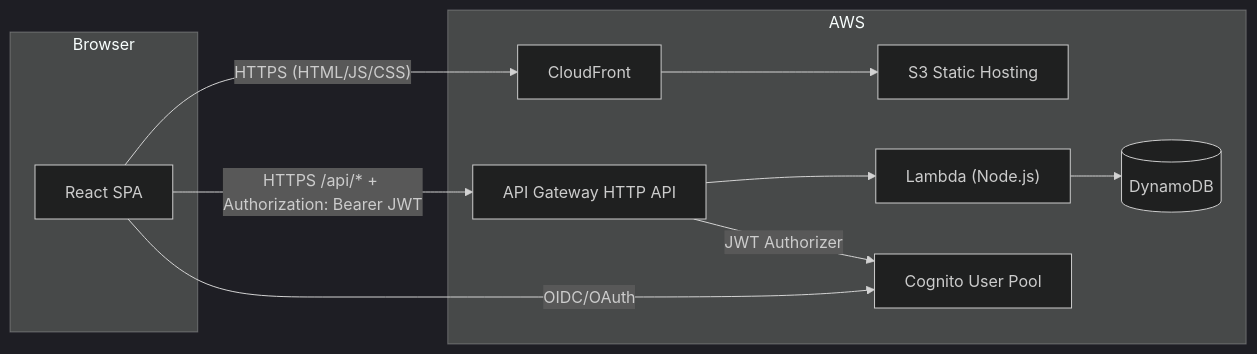
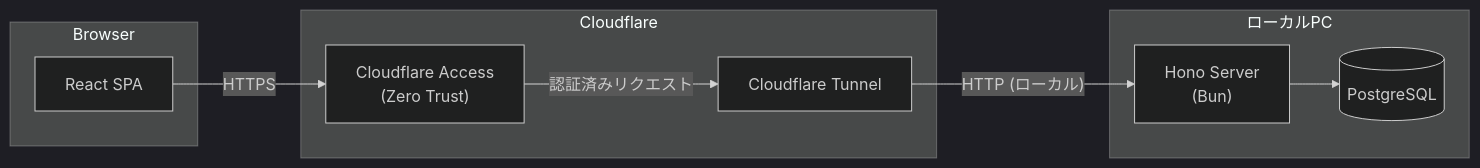
The diagram in docs/05-architecture-notes.md (Kawatan1927/cooking-planner), drawn with Mermaid (dark theme) before and after one commit. The commit also changed other lines of this file and 2 other files, not shown here.

````diff
--- a/docs/05-architecture-notes.md
+++ b/docs/05-architecture-notes.md
@@ -40,21 +38,21 @@
 ```mermaid
 flowchart LR
   subgraph Browser
     UI["React SPA"]
   end
 
-  subgraph AWS
-    CF["CloudFront"]
-    S3["S3 Static Hosting"]
-    APIGW["API Gateway HTTP API"]
-    LAMBDA["Lambda (Node.js)"]
-    DDB[("DynamoDB")]
-    COG["Cognito User Pool"]
+  subgraph Cloudflare
+    ACCESS["Cloudflare Access\n(Zero Trust)"]
+    TUNNEL["Cloudflare Tunnel"]
   end
 
-  UI -->|"HTTPS (HTML/JS/CSS)"| CF --> S3
-  UI -->|"HTTPS /api/* + Authorization: Bearer JWT"| APIGW --> LAMBDA --> DDB
-  UI -->|"OIDC/OAuth"| COG
-  APIGW -->|"JWT Authorizer"| COG
+  subgraph LocalPC["ローカルPC"]
+    HONO["Hono Server\n(Bun)"]
+    PG[("PostgreSQL")]
+  end
 
+  UI -->|"HTTPS"| ACCESS
+  ACCESS -->|"認証済みリクエスト"| TUNNEL
+  TUNNEL -->|"HTTP (ローカル)"| HONO
+  HONO --> PG
 ```
````
